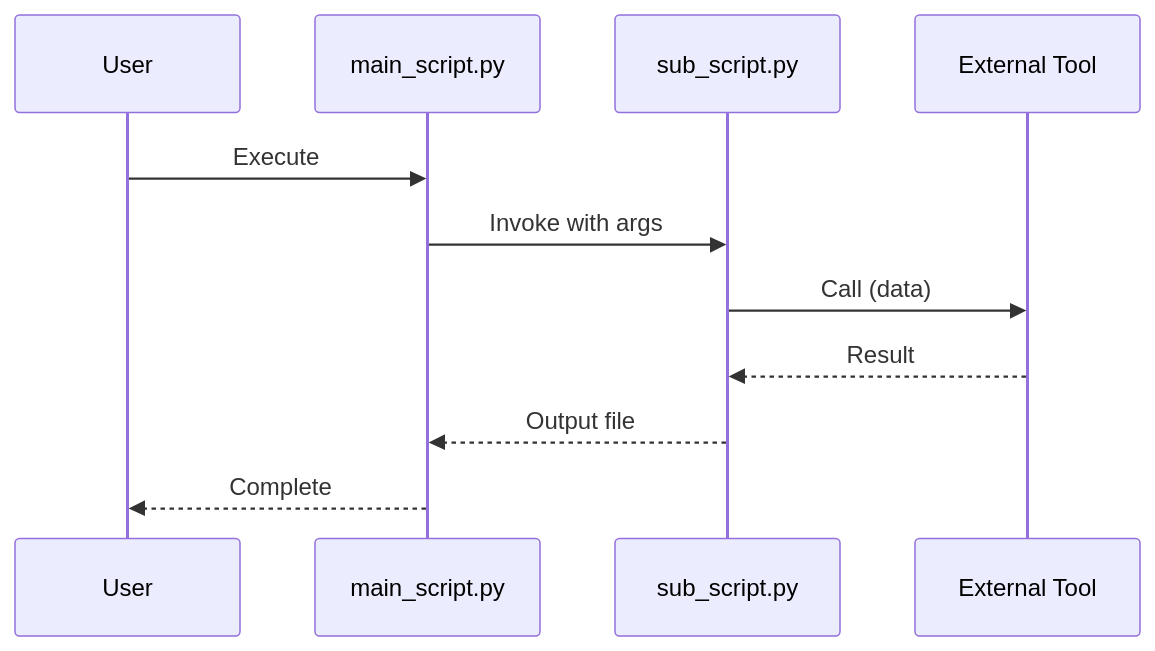
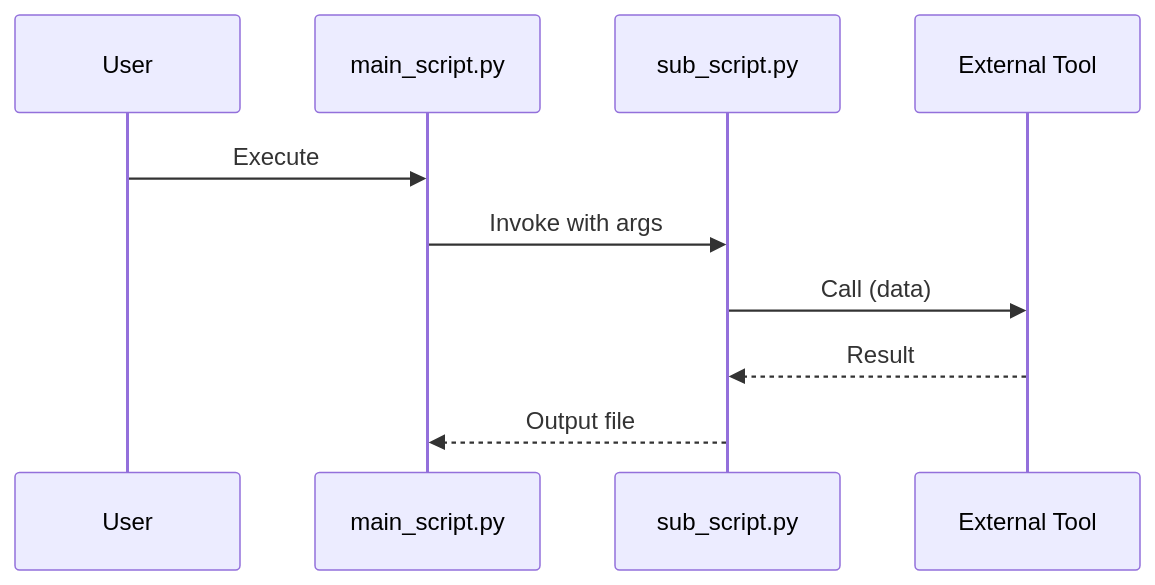
Diagram 11 of 15 in .claude/skills/create-architecture-diagram/SKILL.md (giodl73-repo/DEXTRO), drawn with Mermaid before and after one commit. The commit also changed other lines of this file and 3 other files, not shown here.

````diff
--- a/.claude/skills/create-architecture-diagram/SKILL.md
+++ b/.claude/skills/create-architecture-diagram/SKILL.md
@@ -422,14 +265,13 @@
 ```mermaid
 sequenceDiagram
     participant User
     participant Main as main_script.py
     participant Sub as sub_script.py
     participant Ext as External Tool
 
     User->>Main: Execute
     Main->>Sub: Invoke with args
     Sub->>Ext: Call (data)
     Ext-->>Sub: Result
     Sub-->>Main: Output file
-    Main-->>User: Complete
 ```
````
